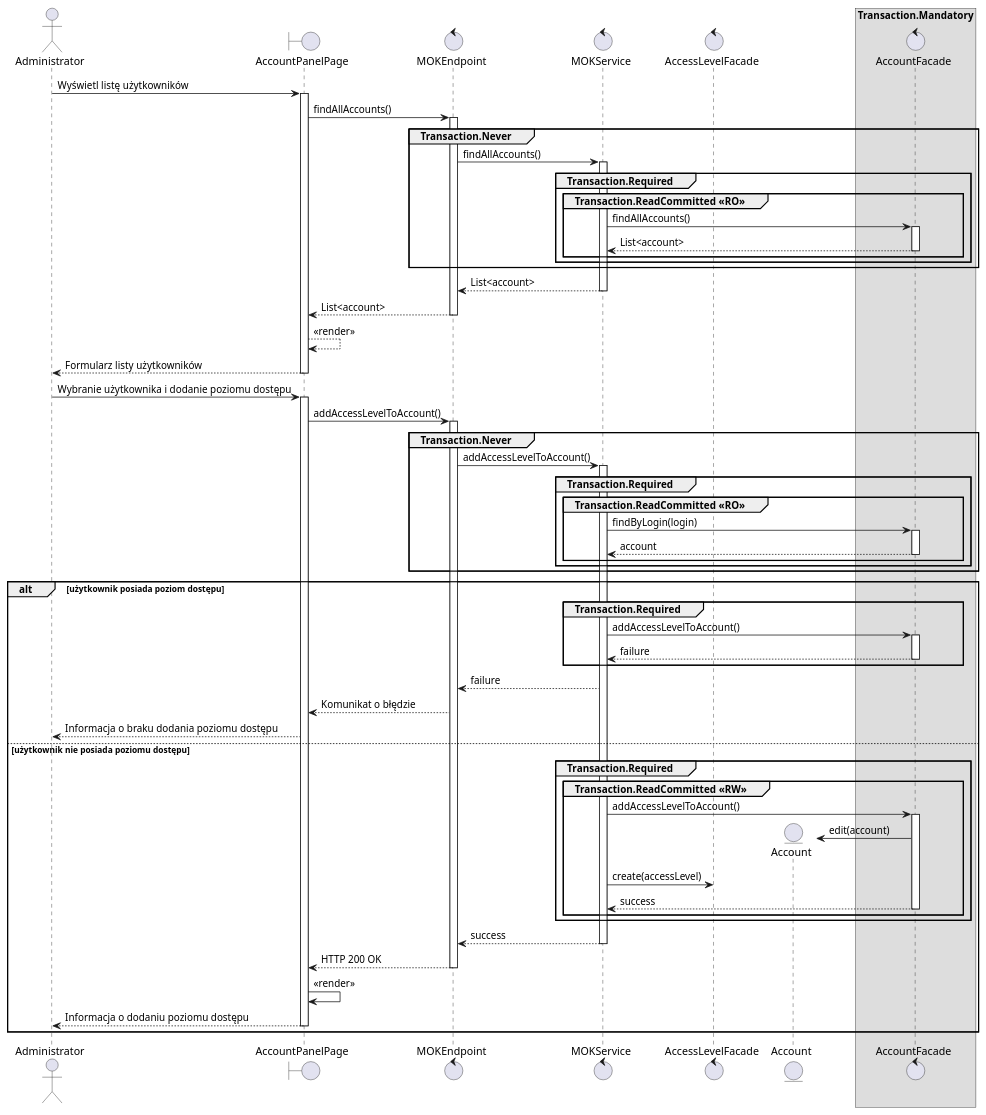
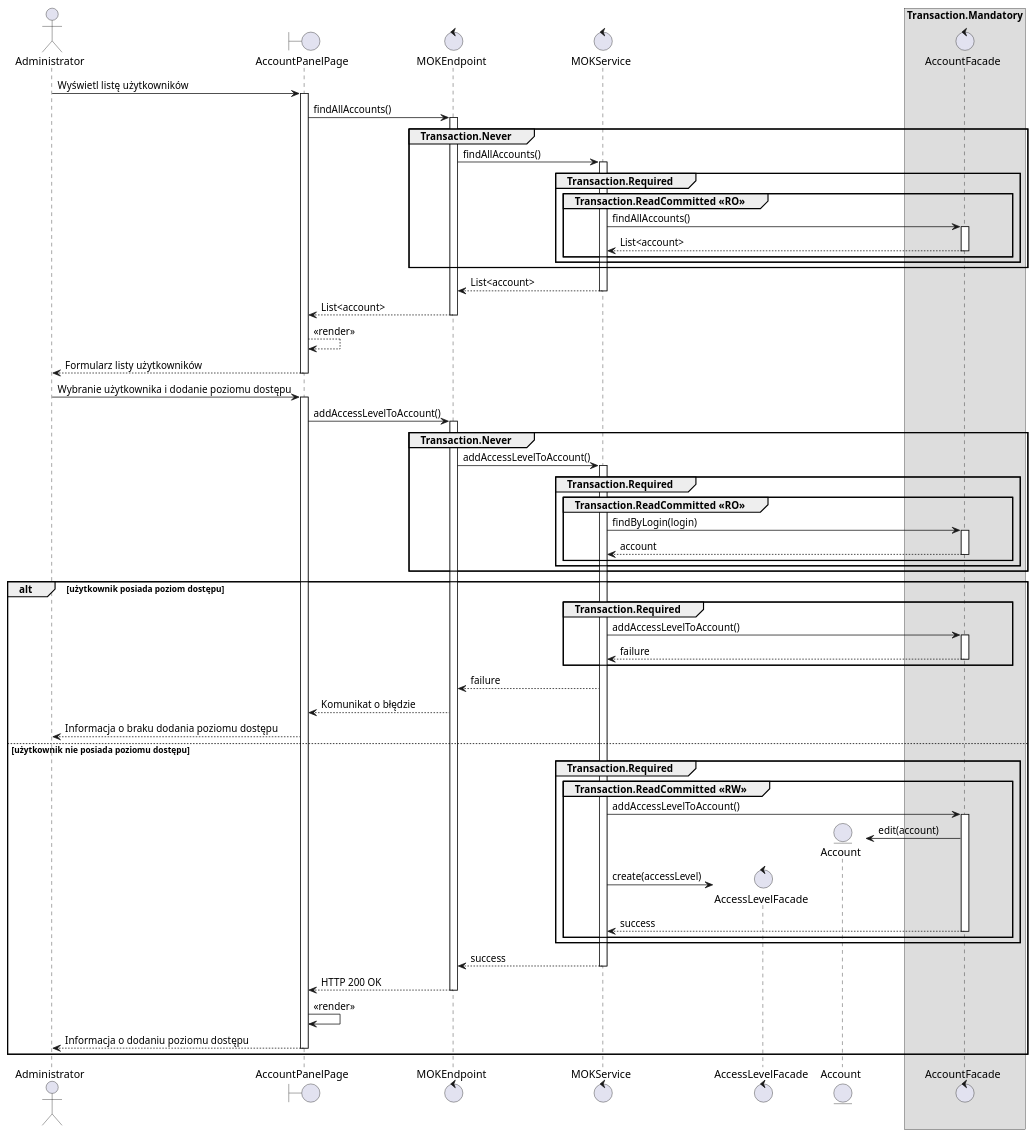
The diagram in src/rozdział 11/mok5.puml (TheVivent-Politechnika-Lodzka/ssbd03_kic_uml), drawn with PlantUML before and after one commit. The commit also changed 2 other files, not shown here.

```diff
--- a/src/rozdział 11/mok5.puml
+++ b/src/rozdział 11/mok5.puml
@@ -1,69 +1,69 @@
 @startuml MOK.5 - Dołącz poziom dostępu
 
 actor Administrator as admin
 boundary AccountPanelPage as gui
 control MOKEndpoint as controller
 control MOKService as service
 control AccountFacade as facade
 control AccessLevelFacade as facadeLevel
 entity Account as account
 
 skinparam backgroundcolor transparent
 box Transaction.Mandatory 
     participant facade
 end box
 
 admin -> gui ++ : Wyświetl listę użytkowników
 gui -> controller ++ :  findAllAccounts()
 group Transaction.Never
     controller -> service ++ : findAllAccounts()
     group Transaction.Required
         group Transaction.ReadCommitted <<RO>>
             service -> facade ++ : findAllAccounts()
             return List<account>
         end
     end
 end
 return List<account>
 return List<account>
 gui --> gui : <<render>>
 return Formularz listy użytkowników
 
 admin -> gui ++ : Wybranie użytkownika i dodanie poziomu dostępu
 gui -> controller ++ : addAccessLevelToAccount()
 
 group Transaction.Never
     controller -> service ++ : addAccessLevelToAccount() 
     group Transaction.Required
         group Transaction.ReadCommitted <<RO>>
             service -> facade ++ : findByLogin(login)
             return account
         end    
     end
 end
 
 alt użytkownik posiada poziom dostępu
     group Transaction.Required
         service -> facade ++ : addAccessLevelToAccount()
         return failure
     end
     service --> controller : failure
     controller --> gui : Komunikat o błędzie
     gui --> admin : Informacja o braku dodania poziomu dostępu
     
 else użytkownik nie posiada poziomu dostępu
     group Transaction.Required
         group Transaction.ReadCommitted <<RW>>
             service -> facade ++ : addAccessLevelToAccount()
             facade -> account ** : edit(account)
-            service -> facadeLevel : create(accessLevel)
+            service -> facadeLevel **: create(accessLevel)
             return success
         end
     end
 return success
 return HTTP 200 OK
 gui -> gui : <<render>>
 return Informacja o dodaniu poziomu dostępu
 end
 
 @enduml
```
